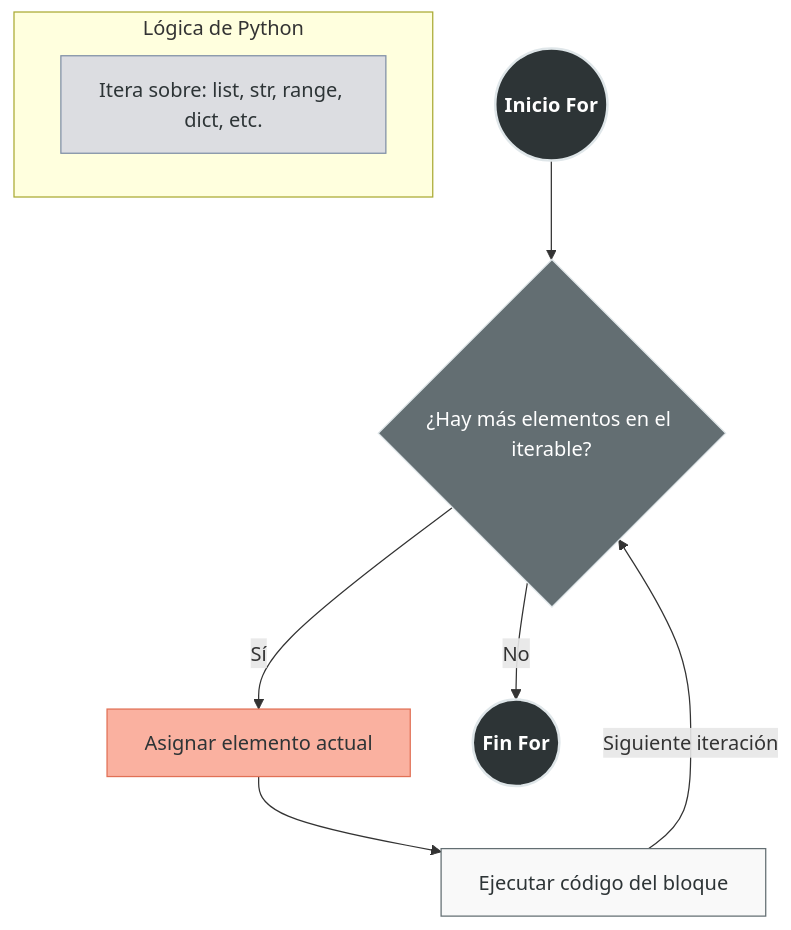
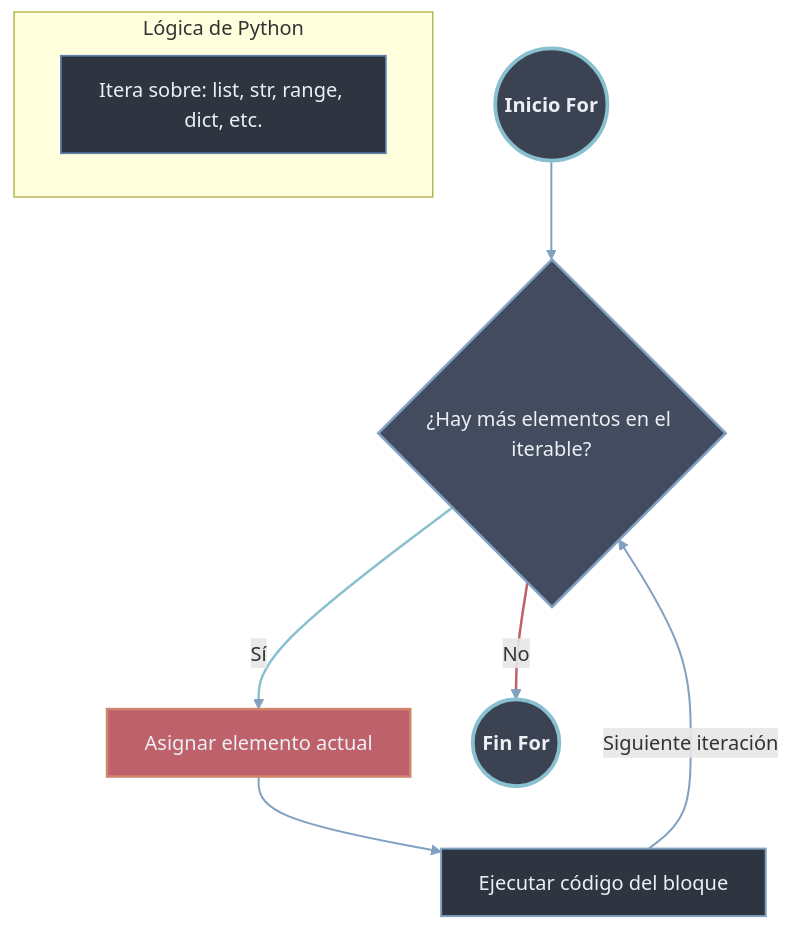
Before and after one commit to Pineapple-Mikael-Engineer/Python_Obsidian: the first of 4 diagrams in 100 Programación Orientada a Procesos/20 Estructuras de Control/02 Bucles.md, drawn with Mermaid. The commit also changed other lines of this file and 9 other files, not shown here.

Commit message:
fix: Arreglar Graficos Mermaid a Estandar

````diff
--- a/100 Programación Orientada a Procesos/20 Estructuras de Control/02 Bucles.md
+++ b/100 Programación Orientada a Procesos/20 Estructuras de Control/02 Bucles.md
@@ -26,24 +26,27 @@
 ```mermaid
 flowchart TD
-    classDef principal fill:#2d3436,stroke:#dfe6e9,stroke-width:2px,color:#fff,font-weight:bold;
-    classDef condicion fill:#636e72,stroke:#dfe6e9,stroke-width:1px,color:#fff;
-    classDef accion fill:#f9f9f9,stroke:#636e72,stroke-width:1px,color:#2d3436;
-    classDef tipo fill:#dcdde1,stroke:#7f8fa6,color:#2d3436;
-    classDef especial fill:#fab1a0,stroke:#e17055,stroke-width:1px,color:#2d3436;
+    classDef principal fill:#3b4252,stroke:#88c0d0,stroke-width:3px,color:#eceff4,font-weight:bold;
+    classDef condicion fill:#434c5e,stroke:#81a1c1,stroke-width:2px,color:#eceff4;
+    classDef accion fill:#2e3440,stroke:#81a1c1,stroke-width:1.6px,color:#eceff4;
+    classDef tipo fill:#2e3440,stroke:#5e81ac,stroke-width:1.4px,color:#eceff4;
+    classDef especial fill:#bf616a,stroke:#d08770,stroke-width:2px,color:#eceff4;
 
     Start((Inicio For)):::principal --> C1{¿Hay más elementos en el iterable?}:::condicion
 
     C1 -- Sí --> A1["Asignar elemento actual"]:::especial
     A1 --> A2["Ejecutar código del bloque"]:::accion
     
     A2 -- "Siguiente iteración" --> C1
 
-    
     C1 -- No --> End((Fin For)):::principal
 
-    
     subgraph Nota [Lógica de Python]
         direction LR
         N1["Itera sobre: list, str, range, dict, etc."]:::tipo
     end
-   ```
+
+    linkStyle default stroke:#81a1c1,stroke-width:1.6px
+    linkStyle 1 stroke:#88c0d0,stroke-width:2px
+    linkStyle 4 stroke:#bf616a,stroke-width:2px
+
+```
````
